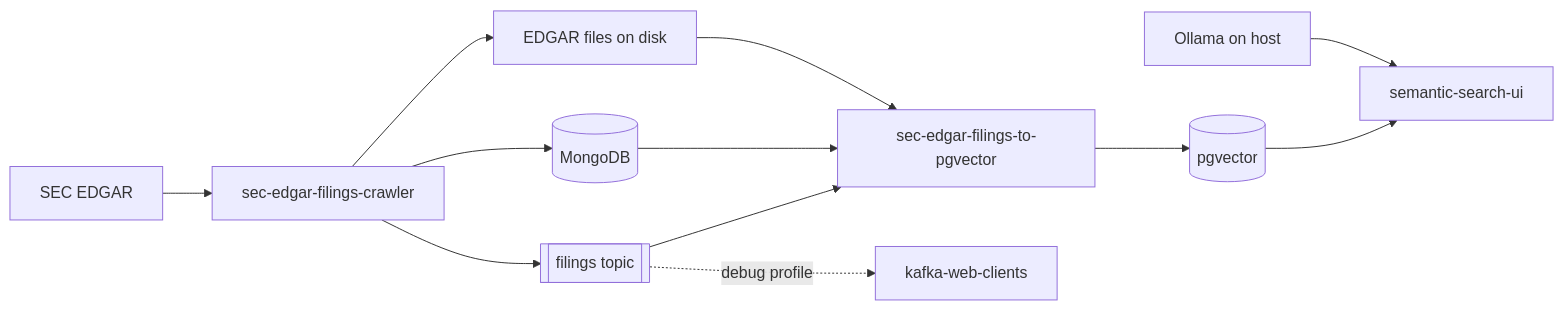
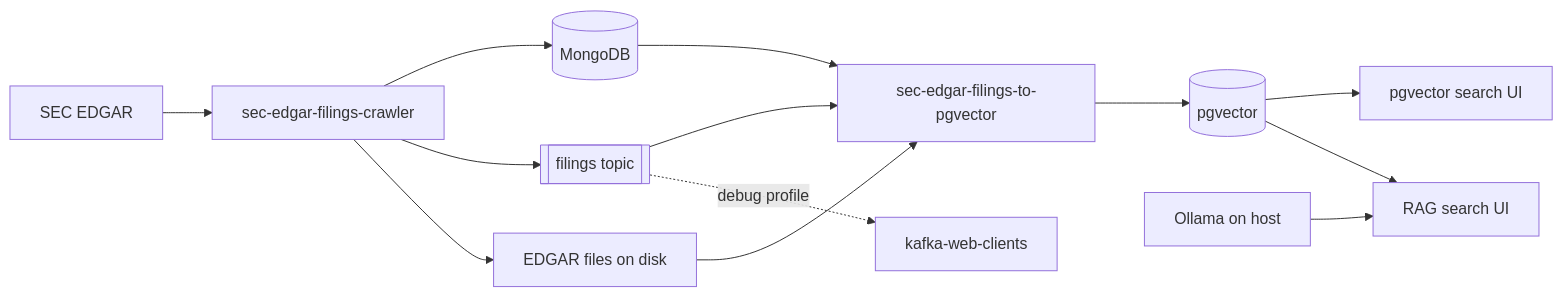
One commit to sanjuthomas/sec-edgar-filings-rag-demo changed the diagram in README.md. Above: the diagram before and after it, drawn with Mermaid. The commit also changed other lines of this file and 1 other file, not shown here.

First line of the commit message:
Add pgvector search UI service and document crawler Admin/Browse.

````diff
--- a/README.md
+++ b/README.md
@@ -32,17 +32,17 @@
 ```mermaid
 flowchart LR
     SEC["SEC EDGAR"] --> API["sec-edgar-filings-crawler"]
     API --> Mongo[("MongoDB")]
     API --> Kafka[["filings topic"]]
     API --> Disk["EDGAR files on disk"]
 
     Kafka --> ETL["sec-edgar-filings-to-pgvector"]
     Mongo --> ETL
     Disk --> ETL
     ETL --> PG[("pgvector")]
-
-    PG --> UI["semantic-search-ui"]
+    PG --> SearchUI["pgvector search UI"]
+    PG --> UI["RAG search UI"]
     Ollama["Ollama on host"] --> UI
 
     Kafka -.->|debug profile| KWC["kafka-web-clients"]
 ```
````
